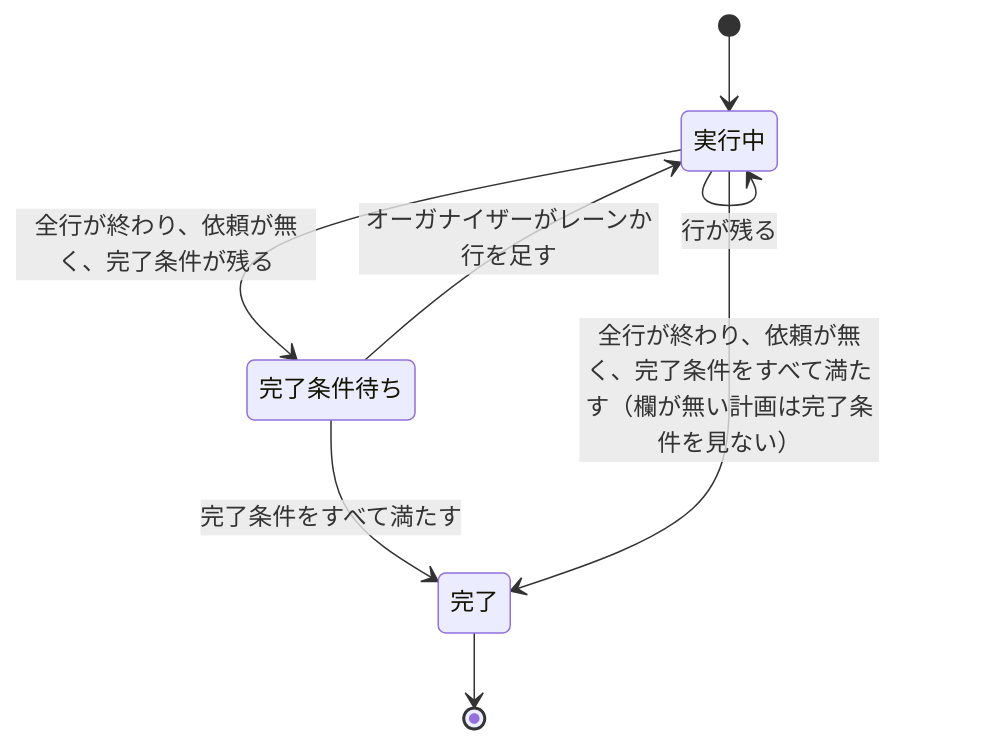
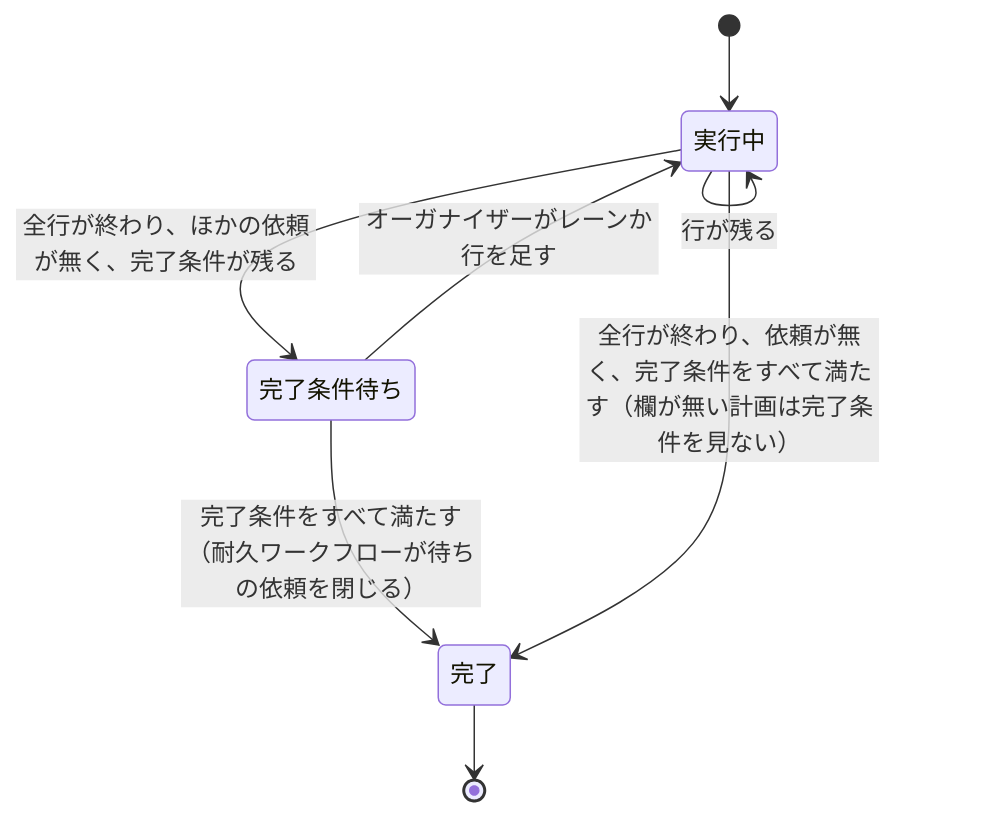
Before and after one commit to devbasex/ai-plugins: the fifth of 5 diagrams in issues/issue-3600-design.md, drawn with Mermaid. The commit also changed other lines of this file and 2 other files, not shown here.

````diff
--- a/issues/issue-3600-design.md
+++ b/issues/issue-3600-design.md
@@ -387,10 +431,10 @@
 ```mermaid
 stateDiagram-v2
     [*] --> 実行中
     実行中 --> 実行中: 行が残る
-    実行中 --> 完了条件待ち: 全行が終わり、依頼が無く、完了条件が残る
+    実行中 --> 完了条件待ち: 全行が終わり、ほかの依頼が無く、完了条件が残る
     完了条件待ち --> 実行中: オーガナイザーがレーンか行を足す
-    完了条件待ち --> 完了: 完了条件をすべて満たす
+    完了条件待ち --> 完了: 完了条件をすべて満たす（耐久ワークフローが待ちの依頼を閉じる）
     実行中 --> 完了: 全行が終わり、依頼が無く、完了条件をすべて満たす（欄が無い計画は完了条件を見ない）
     完了 --> [*]
 ```
````
